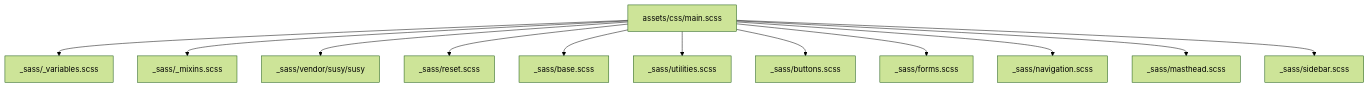
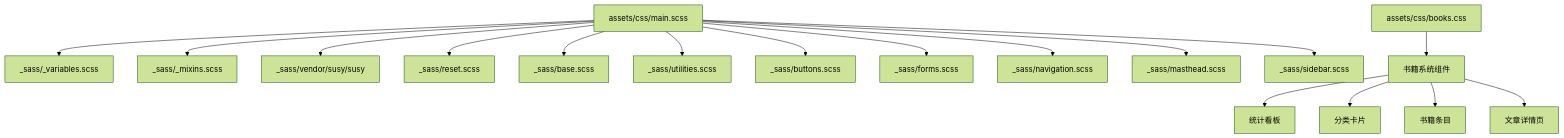
Before and after one commit to pizicaiman/pizicaiman.github.io: the first of 3 diagrams in .qoder/repowiki/zh/content/主题定制/样式定制.md, drawn with Mermaid (forest theme). The commit also changed other lines of this file and 24 other files, not shown here.

````diff
--- a/.qoder/repowiki/zh/content/主题定制/样式定制.md
+++ b/.qoder/repowiki/zh/content/主题定制/样式定制.md
@@ -36,14 +46,19 @@
 ```mermaid
 graph TB
 A["assets/css/main.scss"] --> B["_sass/_variables.scss"]
 A --> C["_sass/_mixins.scss"]
 A --> D["_sass/vendor/susy/susy"]
 A --> E["_sass/reset.scss"]
 A --> F["_sass/base.scss"]
 A --> G["_sass/utilities.scss"]
 A --> H["_sass/buttons.scss"]
 A --> I["_sass/forms.scss"]
 A --> J["_sass/navigation.scss"]
 A --> K["_sass/masthead.scss"]
 A --> L["_sass/sidebar.scss"]
+M["assets/css/books.css"] --> N["书籍系统组件"]
+N --> O["统计看板"]
+N --> P["分类卡片"]
+N --> Q["书籍条目"]
+N --> R["文章详情页"]
 ```
````
